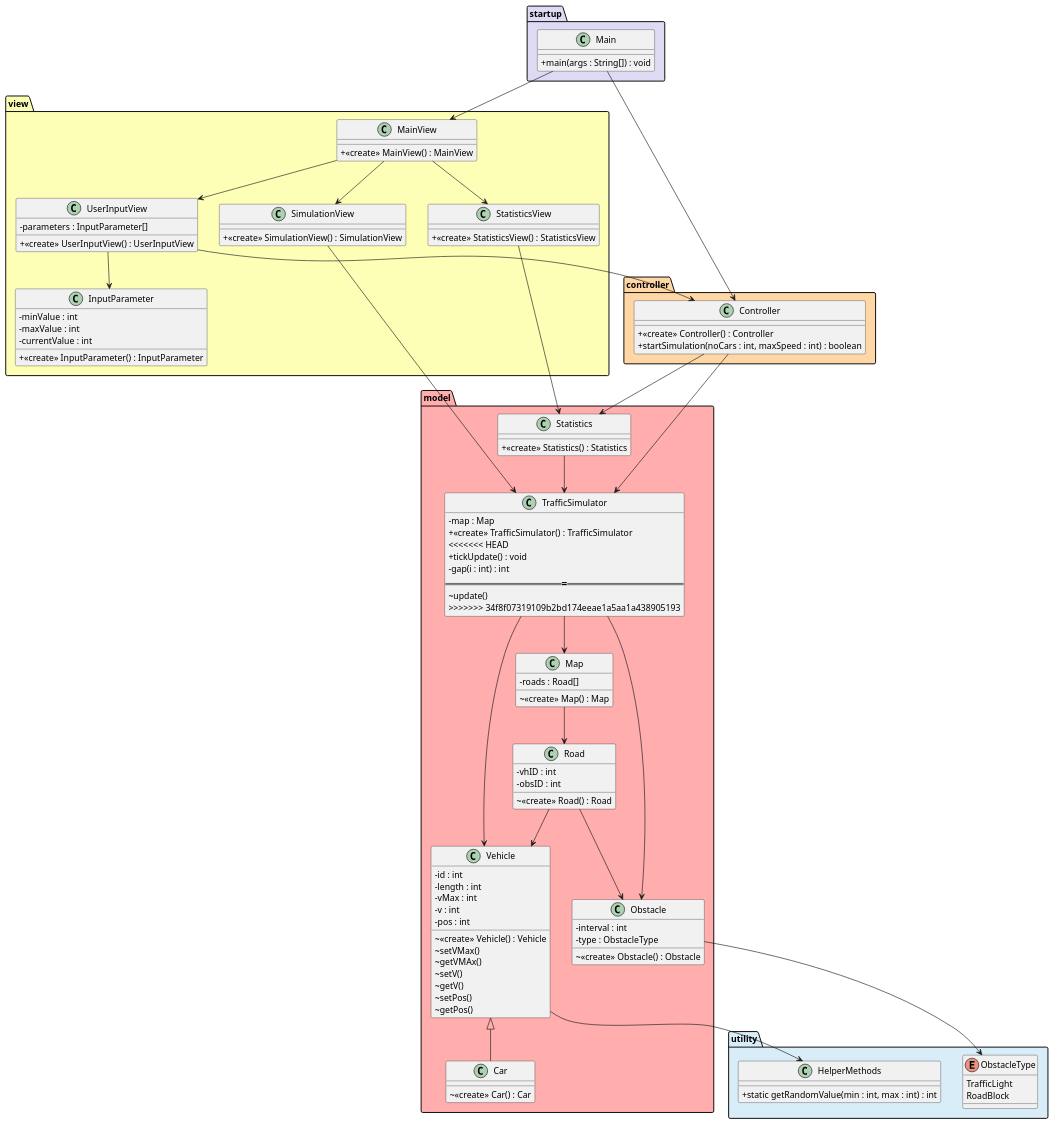
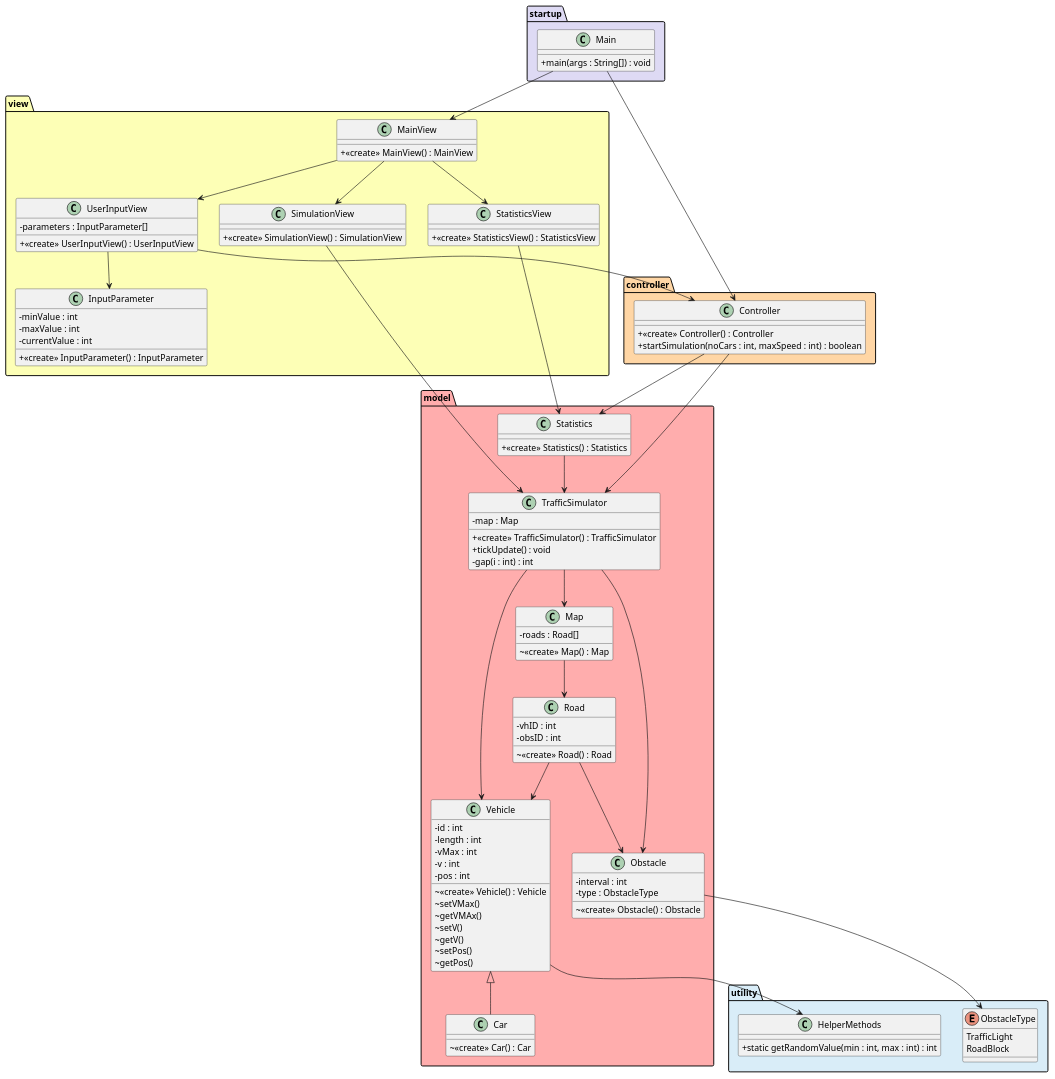
The diagram in class-diagram.puml (holmgren23/traffic-simulator), drawn with PlantUML before and after one commit.

```diff
--- a/class-diagram.puml
+++ b/class-diagram.puml
@@ -1,154 +1,150 @@
 @startuml TrafficSimulator
 skinparam classAttributeIconSize 0
 
 /'colors
 #FFADAD
 #FFD6A5
 #FDFFB6
 #E4F1EE
 #D9EDF8
 #DEDAF4'/
 
 package model #FFADAD {
   class TrafficSimulator {
   - map : Map
   + <<create>> TrafficSimulator() : TrafficSimulator
-<<<<<<< HEAD
   + tickUpdate() : void
   - gap(i : int) : int
-=======
-  ~ update() 
->>>>>>> 34f8f07319109b2bd174eeae1a5aa1a438905193
   }
 
   class Vehicle {
     - id : int
     - length : int
     - vMax : int
     - v : int
     - pos : int
     ~ <<create>> Vehicle() : Vehicle
     ~ setVMax()
     ~ getVMAx()
     ~ setV()
     ~ getV()
     ~ setPos()
     ~ getPos()
 
 
   }
 
   class Car {
     ~ <<create>> Car() : Car
   }
 
   class Map {
     - roads : Road[]
     ~ <<create>> Map() : Map
   }
 
   class Road {
     - vhID : int
     - obsID : int
     ~ <<create>> Road() : Road
   }
 
   class Obstacle {
     - interval : int
     - type : ObstacleType
     ~ <<create>> Obstacle() : Obstacle
   }
 
   class Statistics {
     + <<create>> Statistics() : Statistics
   }
 
   TrafficSimulator --> Map
   TrafficSimulator --> Vehicle
   TrafficSimulator --> Obstacle
   Map --> Road
   Road --> Obstacle
   Road --> Vehicle
   Vehicle <|-- Car
   Statistics --> TrafficSimulator
 }
 
 package controller #FFD6A5 {
   class Controller {
     + <<create>> Controller() : Controller
     + startSimulation(noCars : int, maxSpeed : int) : boolean
   }
 
   Controller --> Statistics
   Controller --> TrafficSimulator
 }
 
 package view #FDFFB6 {
   class MainView {
     + <<create>> MainView() : MainView
   }
   class UserInputView {
     - parameters : InputParameter[]
     + <<create>> UserInputView() : UserInputView
   }
 
   class InputParameter {
     - minValue : int
     - maxValue : int
     - currentValue : int 
     + <<create>> InputParameter() : InputParameter
   }
 
   class StatisticsView {
     + <<create>> StatisticsView() : StatisticsView
   }
 
   class SimulationView {
     + <<create>> SimulationView() : SimulationView
   }
 
   MainView --> UserInputView
   MainView --> StatisticsView
   MainView --> SimulationView
   UserInputView --> InputParameter
   
   UserInputView --> Controller
   StatisticsView --> Statistics
   SimulationView --> TrafficSimulator
 }
 
 package utility #D9EDF8 {
   enum ObstacleType {
     TrafficLight
     RoadBlock
   }
 
   class HelperMethods {
     + static getRandomValue(min : int, max : int) : int
   }
 
 
   Obstacle --> ObstacleType
   Vehicle --> HelperMethods
 }
 
 package startup #DEDAF4 {
   class Main {
   + main(args : String[]) : void
 }
   Main --> Controller
   Main --> MainView
 }
 
 /'startup'/
 
 
 /'model'/
 
 /'utility'/
 
 
 
 /'view'
 
 @enduml
```
